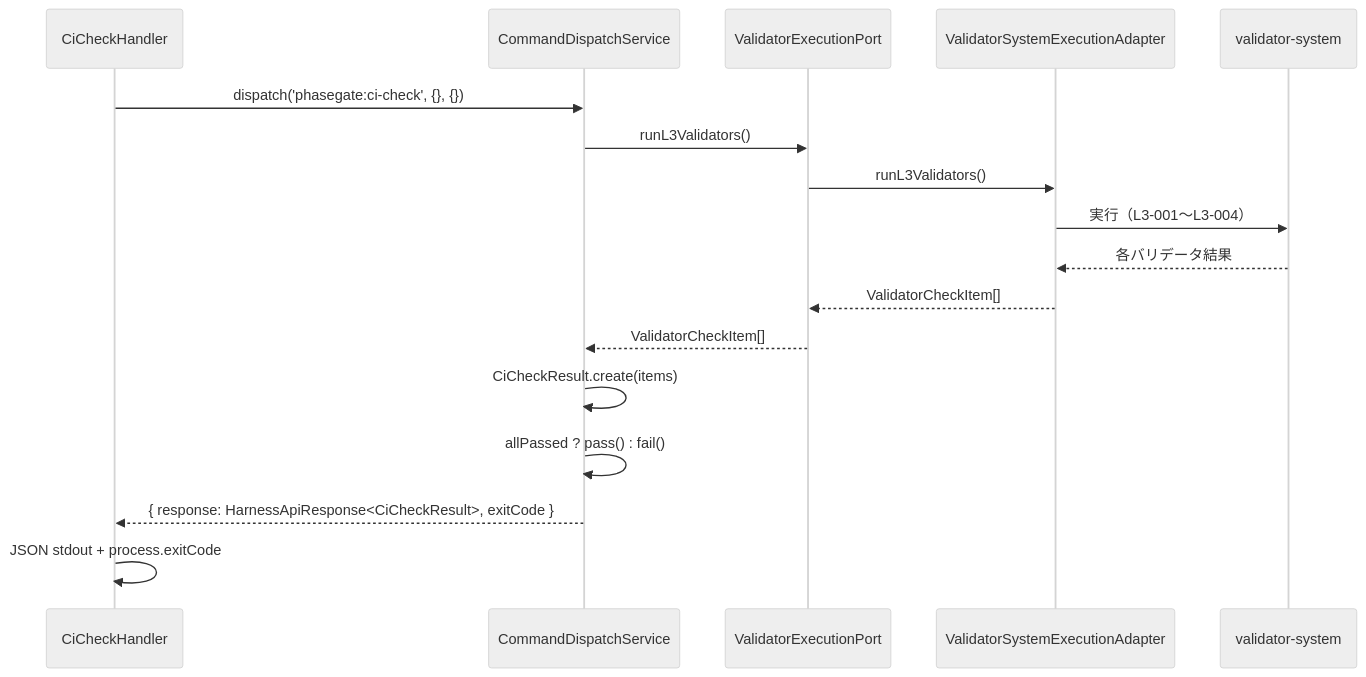
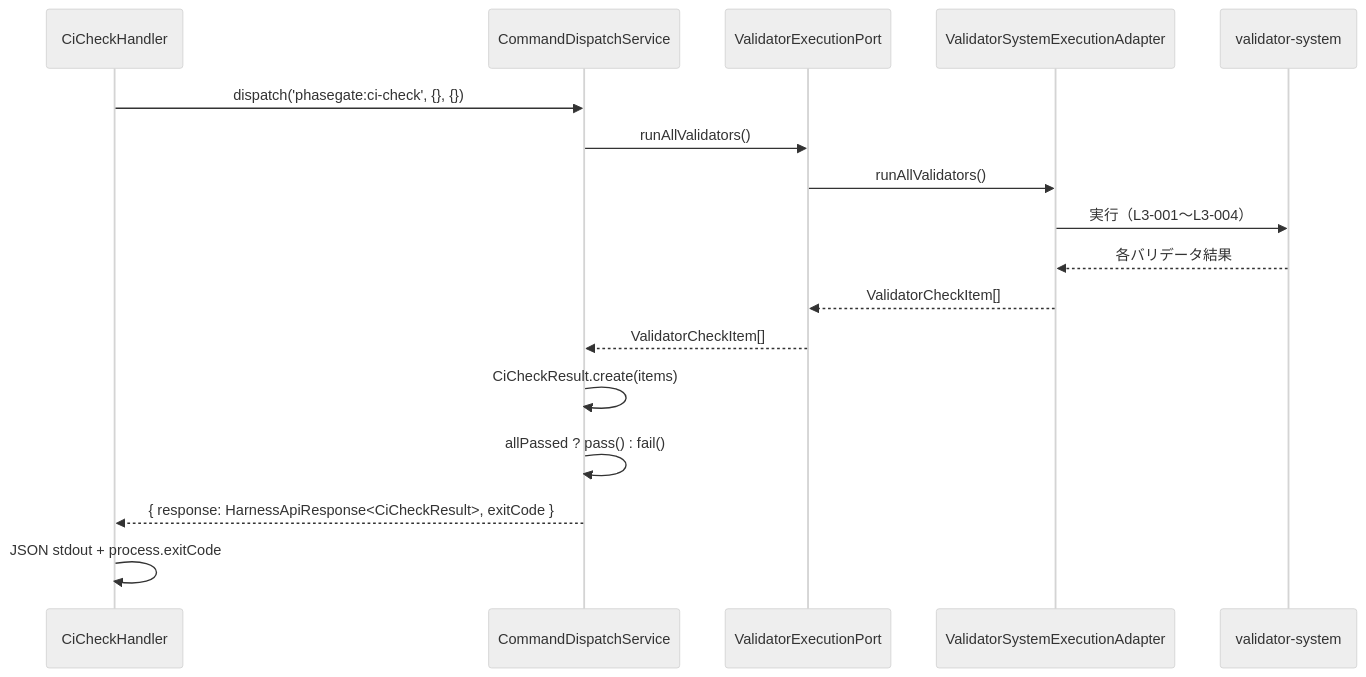
The fifth of 10 diagrams in docs/product/construction/harness-api/logical_design.md (junpei-9898/phasegate), drawn with Mermaid (neutral theme) before and after one commit. The commit also changed other lines of this file and 55 other files, not shown here.

````diff
--- a/docs/product/construction/harness-api/logical_design.md
+++ b/docs/product/construction/harness-api/logical_design.md
@@ -1477,20 +1493,20 @@
 ```mermaid
 sequenceDiagram
     participant Handler as CiCheckHandler
     participant DispatchSvc as CommandDispatchService
     participant Port as ValidatorExecutionPort
     participant Adapter as ValidatorSystemExecutionAdapter
     participant ValidatorSys as validator-system
 
     Handler->>DispatchSvc: dispatch('phasegate:ci-check', {}, {})
-    DispatchSvc->>Port: runL3Validators()
-    Port->>Adapter: runL3Validators()
+    DispatchSvc->>Port: runAllValidators()
+    Port->>Adapter: runAllValidators()
     Adapter->>ValidatorSys: 実行（L3-001〜L3-004）
     ValidatorSys-->>Adapter: 各バリデータ結果
     Adapter-->>Port: ValidatorCheckItem[]
     Port-->>DispatchSvc: ValidatorCheckItem[]
     DispatchSvc->>DispatchSvc: CiCheckResult.create(items)
     DispatchSvc->>DispatchSvc: allPassed ? pass() : fail()
     DispatchSvc-->>Handler: { response: HarnessApiResponse<CiCheckResult>, exitCode }
     Handler->>Handler: JSON stdout + process.exitCode
 ```
````
